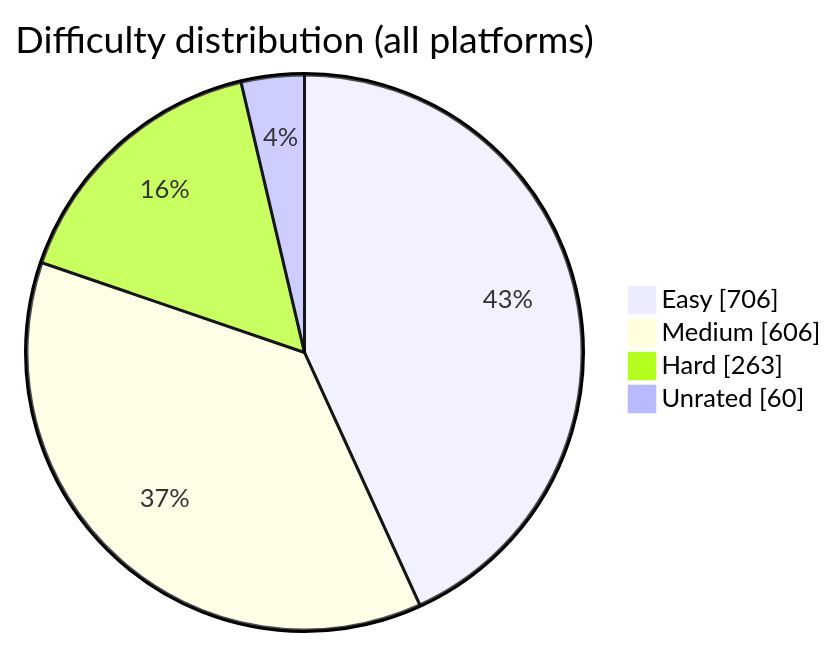
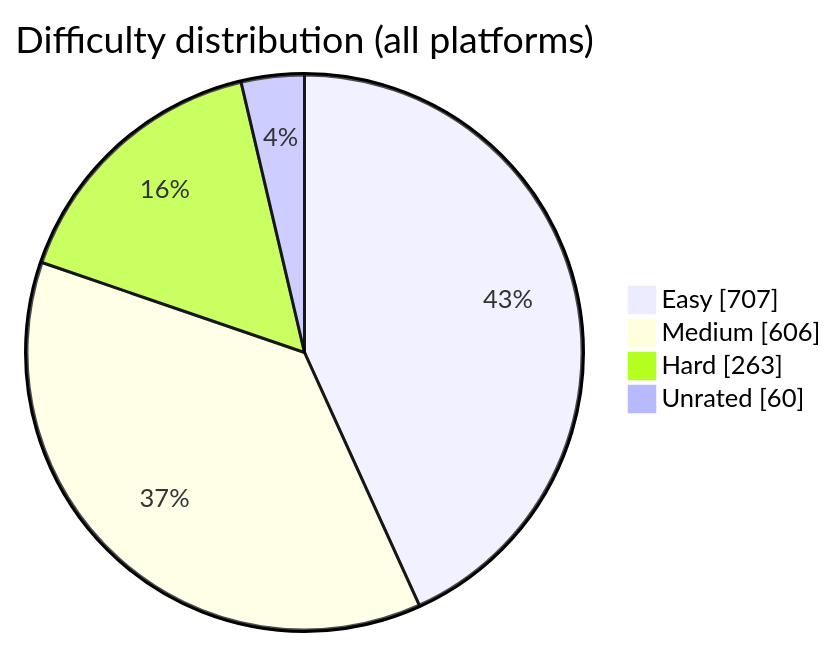
Before and after one commit to BuildbyArindam/Daily-Coding-Log: the diagram in README.md, drawn with Mermaid. The commit also changed other lines of this file, not shown here.

````diff
--- a/README.md
+++ b/README.md
@@ -93,7 +93,7 @@
 ```mermaid
 pie showData title Difficulty distribution (all platforms)
-    "Easy" : 706
+    "Easy" : 707
     "Medium" : 606
     "Hard" : 263
     "Unrated" : 60
 ```
````
